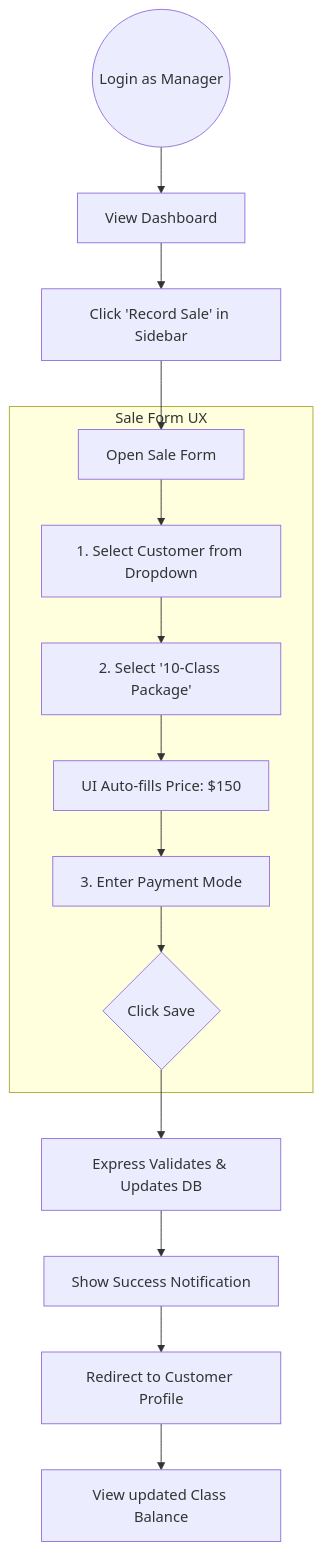
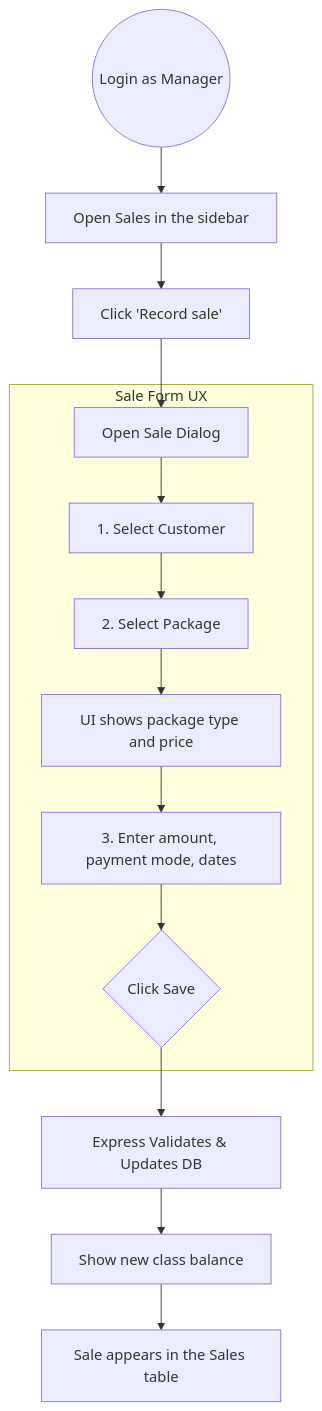
Before and after one commit to lindseychoi/yoga-hom-project-lchoi: the fifth of 9 diagrams in PLAN.md, drawn with Mermaid. The commit also changed other lines of this file and 11 other files, not shown here.

````diff
--- a/PLAN.md
+++ b/PLAN.md
@@ -426,19 +454,18 @@
 ```mermaid
 flowchart TD
-    Start((Login as Manager)) --> Dash[View Dashboard]
-    Dash --> ClickSale[Click 'Record Sale' in Sidebar]
-    ClickSale --> Form[Open Sale Form]
-    
+    Start((Login as Manager)) --> Sales[Open Sales in the sidebar]
+    Sales --> ClickSale[Click 'Record sale']
+    ClickSale --> Form[Open Sale Dialog]
+
     subgraph Sale Form UX
-        Form --> SelectCust[1. Select Customer from Dropdown]
-        SelectCust --> SelectPkg[2. Select '10-Class Package']
-        SelectPkg --> AutoPrice[UI Auto-fills Price: $150]
-        AutoPrice --> PayDetails[3. Enter Payment Mode]
+        Form --> SelectCust[1. Select Customer]
+        SelectCust --> SelectPkg[2. Select Package]
+        SelectPkg --> AutoType[UI shows package type and price]
+        AutoType --> PayDetails[3. Enter amount, payment mode, dates]
         PayDetails --> Submit{Click Save}
     end
-    
+
     Submit --> API[Express Validates & Updates DB]
-    API --> Success[Show Success Notification]
-    Success --> Redirect[Redirect to Customer Profile]
-    Redirect --> ViewBalance[View updated Class Balance]
+    API --> Success[Show new class balance]
+    Success --> Table[Sale appears in the Sales table]
 ```
````
